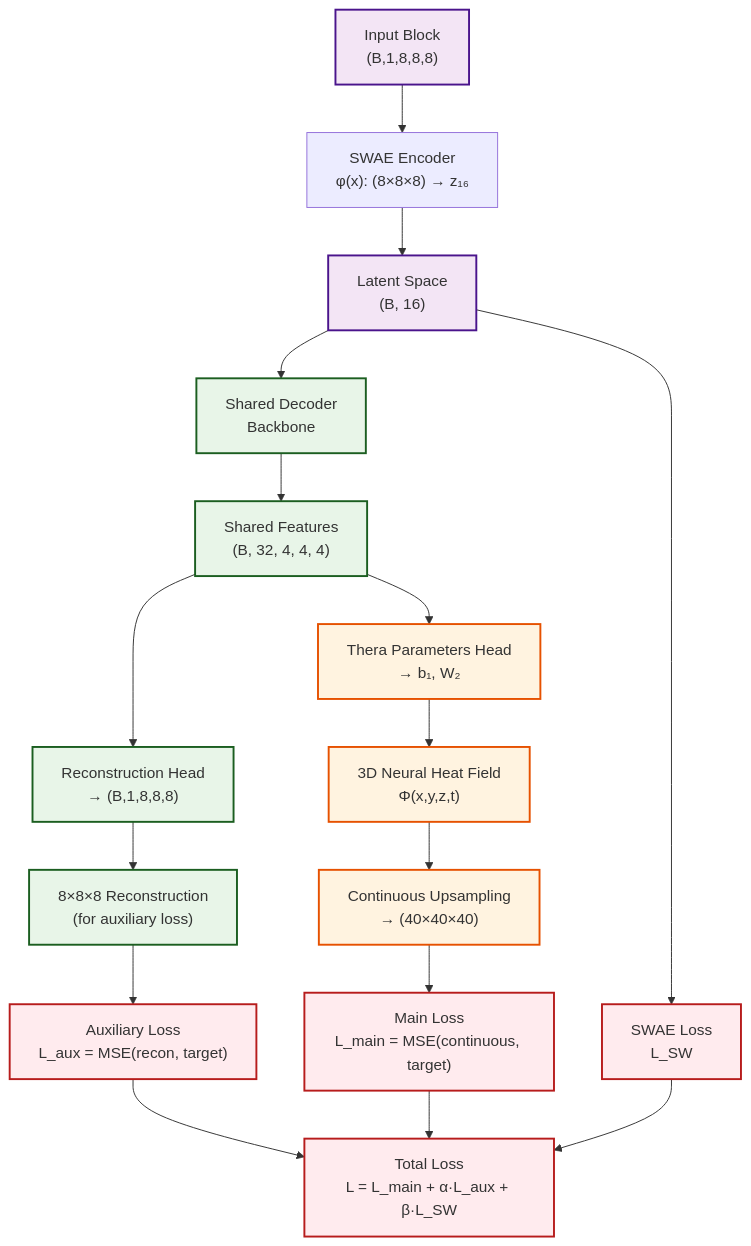
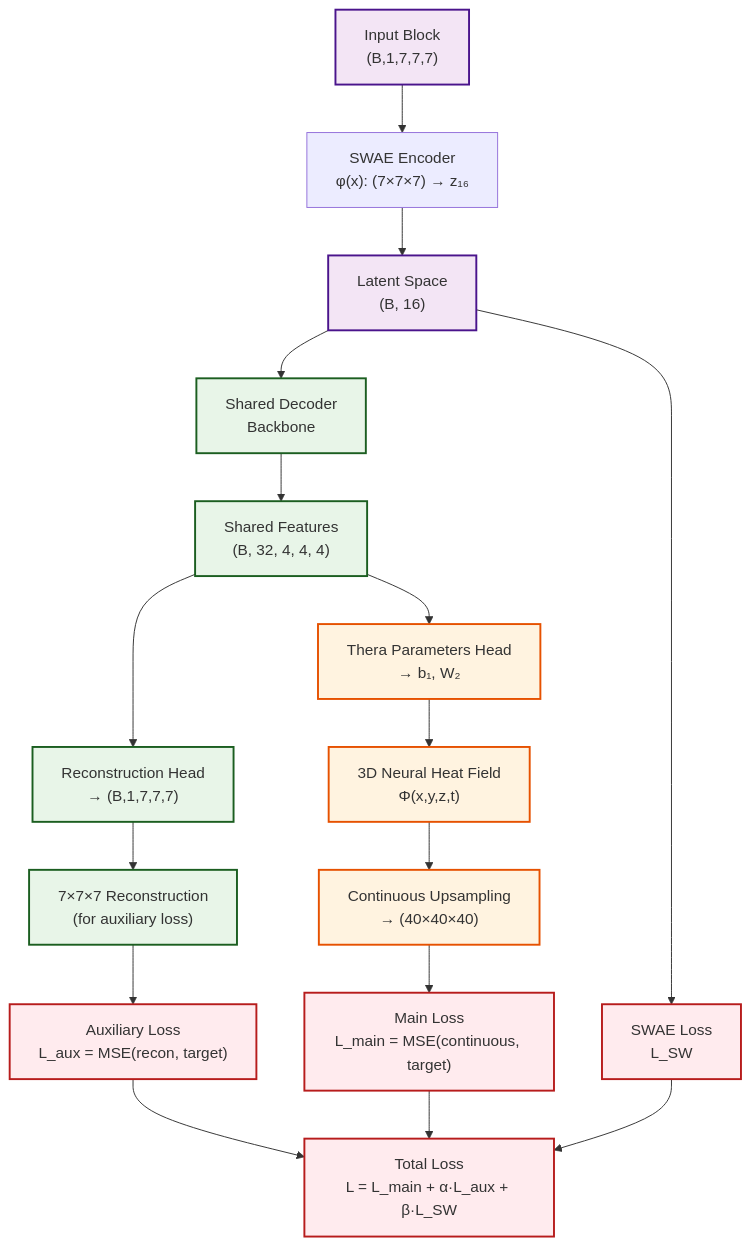
One commit to paralab/AE-based-compression changed the second of 2 diagrams in README.md. Above: the diagram before and after it, drawn with Mermaid. The commit also changed other lines of this file and 170 other files, not shown here.

````diff
--- a/README.md
+++ b/README.md
@@ -111,33 +210,33 @@
 ```mermaid
 graph TD
-    A["Input Block<br/>(B,1,8,8,8)"] --> B["SWAE Encoder<br/>φ(x): (8×8×8) → z₁₆"]
+    A["Input Block<br/>(B,1,7,7,7)"] --> B["SWAE Encoder<br/>φ(x): (7×7×7) → z₁₆"]
     B --> C["Latent Space<br/>(B, 16)"]
     C --> D["Shared Decoder<br/>Backbone"]
     D --> E["Shared Features<br/>(B, 32, 4, 4, 4)"]
     
-    E --> F["Reconstruction Head<br/>→ (B,1,8,8,8)"]
+    E --> F["Reconstruction Head<br/>→ (B,1,7,7,7)"]
     E --> G["Thera Parameters Head<br/>→ b₁, W₂"]
     
-    F --> H["8×8×8 Reconstruction<br/>(for auxiliary loss)"]
+    F --> H["7×7×7 Reconstruction<br/>(for auxiliary loss)"]
     G --> I["3D Neural Heat Field<br/>Φ(x,y,z,t)"]
     I --> J["Continuous Upsampling<br/>→ (40×40×40)"]
     
     %% Loss connections
     H --> K["Auxiliary Loss<br/>L_aux = MSE(recon, target)"]
     J --> L["Main Loss<br/>L_main = MSE(continuous, target)"]
     C --> M["SWAE Loss<br/>L_SW"]
     
     K --> N["Total Loss<br/>L = L_main + α·L_aux + β·L_SW"]
     L --> N
     M --> N
     
     classDef encoder fill:#f3e5f5,stroke:#4a148c,stroke-width:2px
     classDef decoder fill:#e8f5e8,stroke:#1b5e20,stroke-width:2px
     classDef thera fill:#fff3e0,stroke:#e65100,stroke-width:2px
     classDef loss fill:#ffebee,stroke:#b71c1c,stroke-width:2px
     
     class A,C encoder
     class D,E,F,H decoder
     class G,I,J thera
     class K,L,M,N loss
 ```
````
